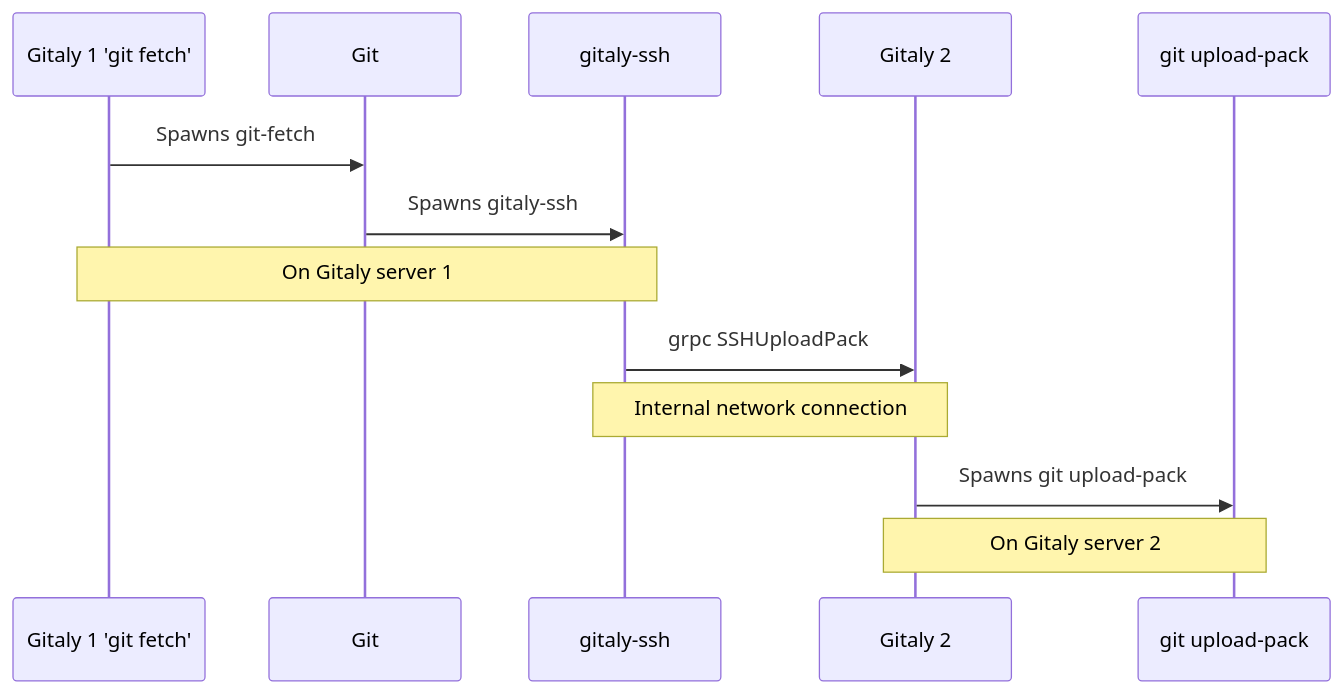
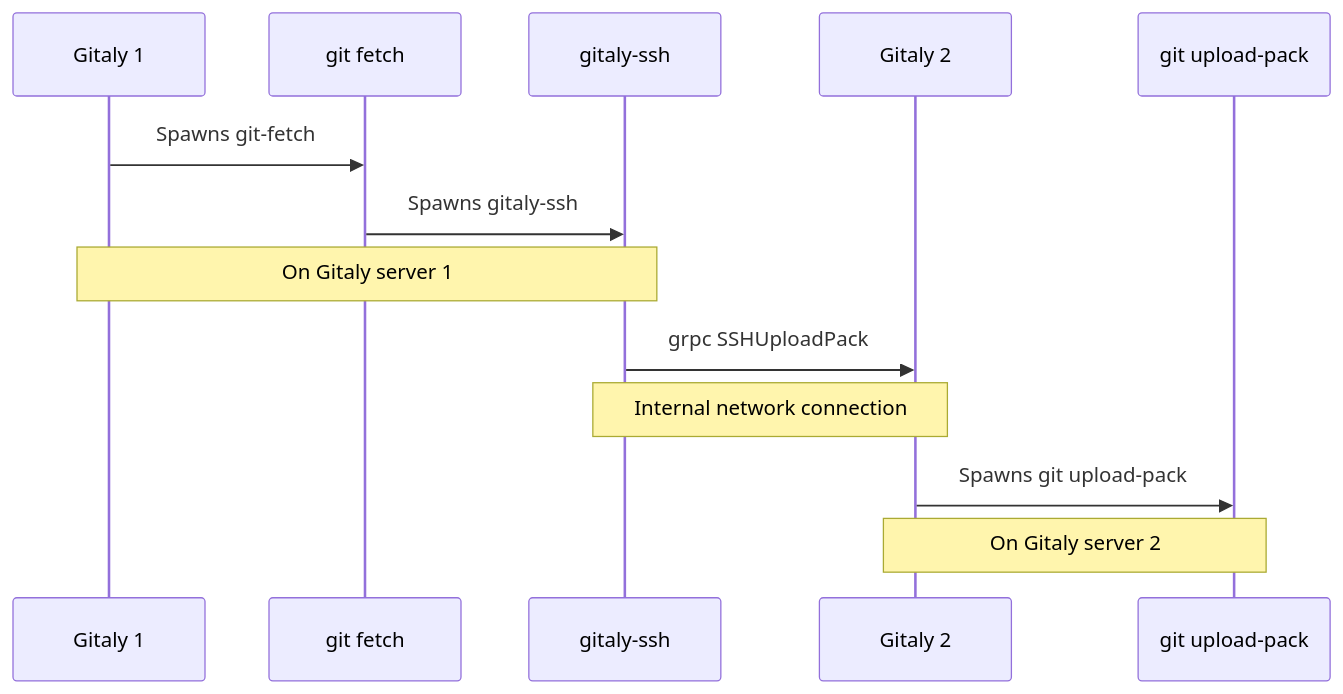
The second of 2 diagrams in cmd/gitaly-ssh/README.md (qeesung/gitaly), drawn with Mermaid before and after one commit.

````diff
--- a/cmd/gitaly-ssh/README.md
+++ b/cmd/gitaly-ssh/README.md
@@ -41,18 +41,18 @@
 ```mermaid
 sequenceDiagram
-  participant Gitaly1 as Gitaly 1 'git fetch'
-  participant Gitaly1Git as Git
+  participant Gitaly1 as Gitaly 1
+  participant Gitaly1Git as git fetch
   participant GitalySSH as gitaly-ssh
   participant Gitaly2 as Gitaly 2
   participant Gitaly2Git as git upload-pack
 
   Gitaly1 ->> Gitaly1Git: Spawns git-fetch
   Gitaly1Git ->> GitalySSH: Spawns gitaly-ssh
   Note over Gitaly1,GitalySSH: On Gitaly server 1
 
   GitalySSH ->> Gitaly2: grpc SSHUploadPack
   Note over GitalySSH,Gitaly2: Internal network connection
 
   Gitaly2 ->> Gitaly2Git: Spawns git upload-pack
   Note over Gitaly2,Gitaly2Git: On Gitaly server 2
 ```
````
